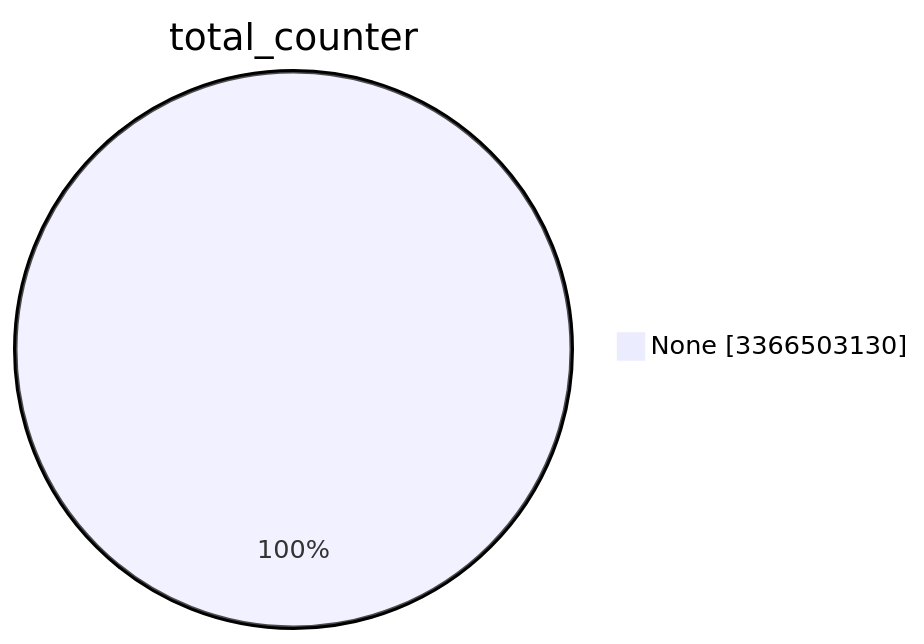
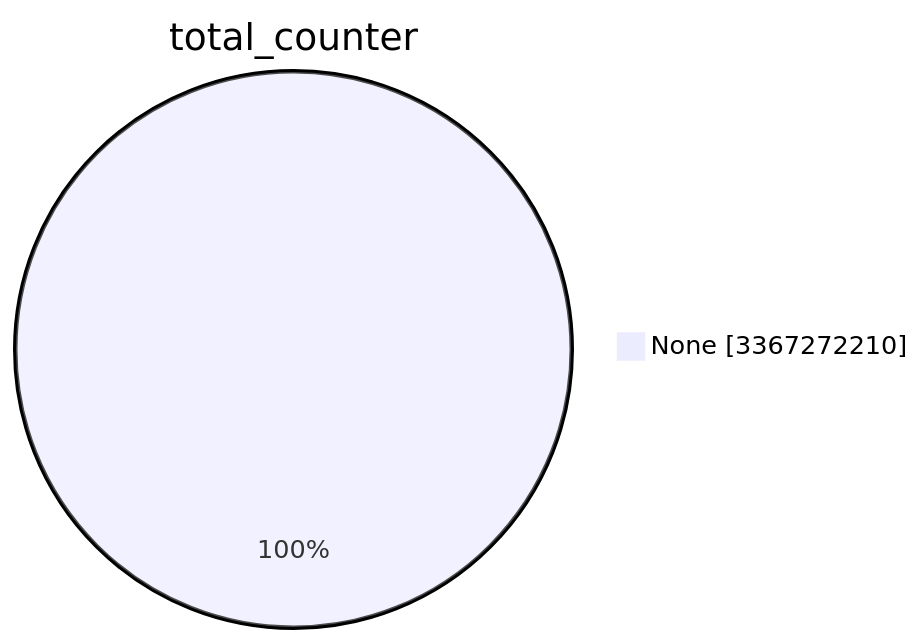
Before and after one commit to christiankrug/ctmonitor_visualization: the first of 15 diagrams in TOTAL/README.md, drawn with Mermaid. The commit also changed other lines of this file, not shown here.

````diff
--- a/TOTAL/README.md
+++ b/TOTAL/README.md
@@ -1,5 +1,5 @@
 ```mermaid
 pie showData
 title total_counter
-"None" :3366503130
+"None" :3367272210
 ```
````
